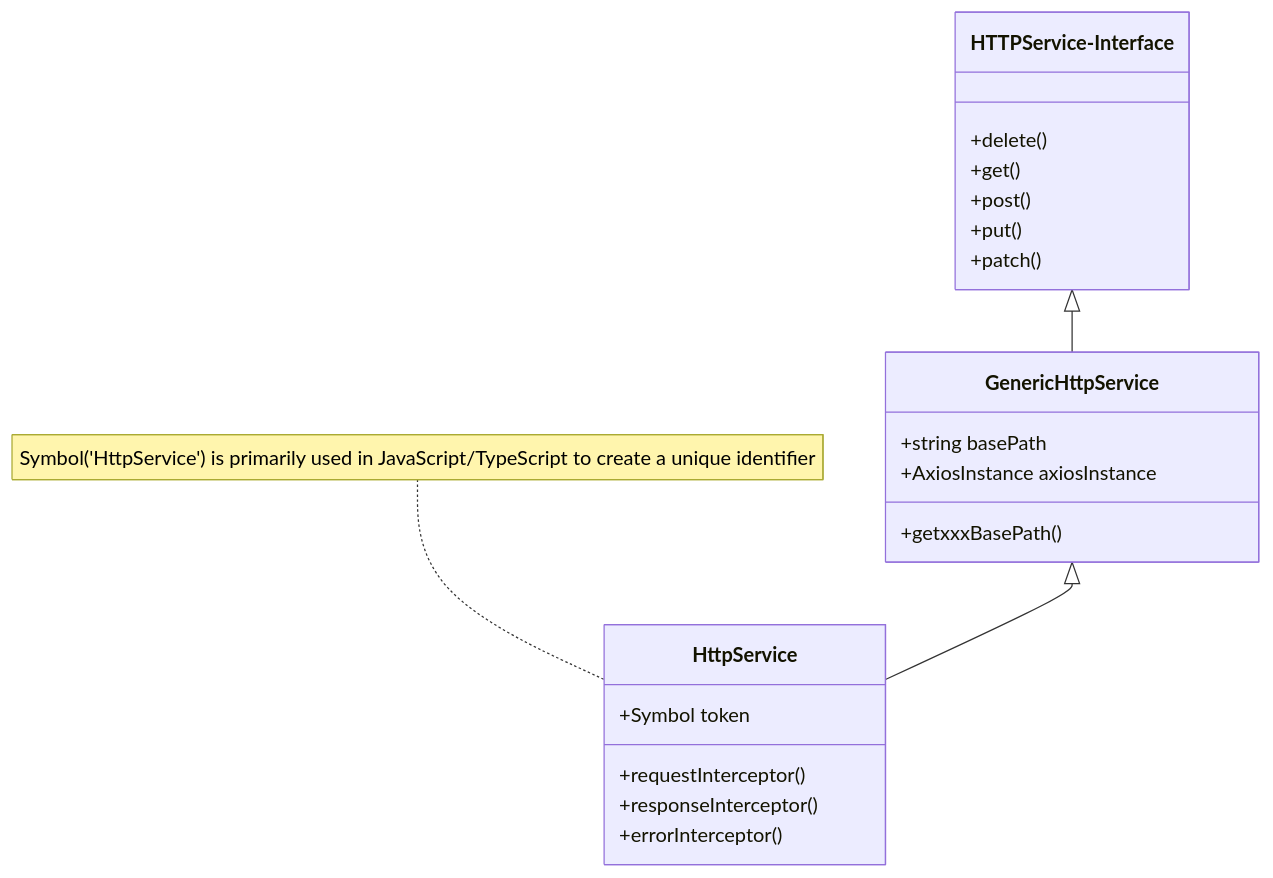
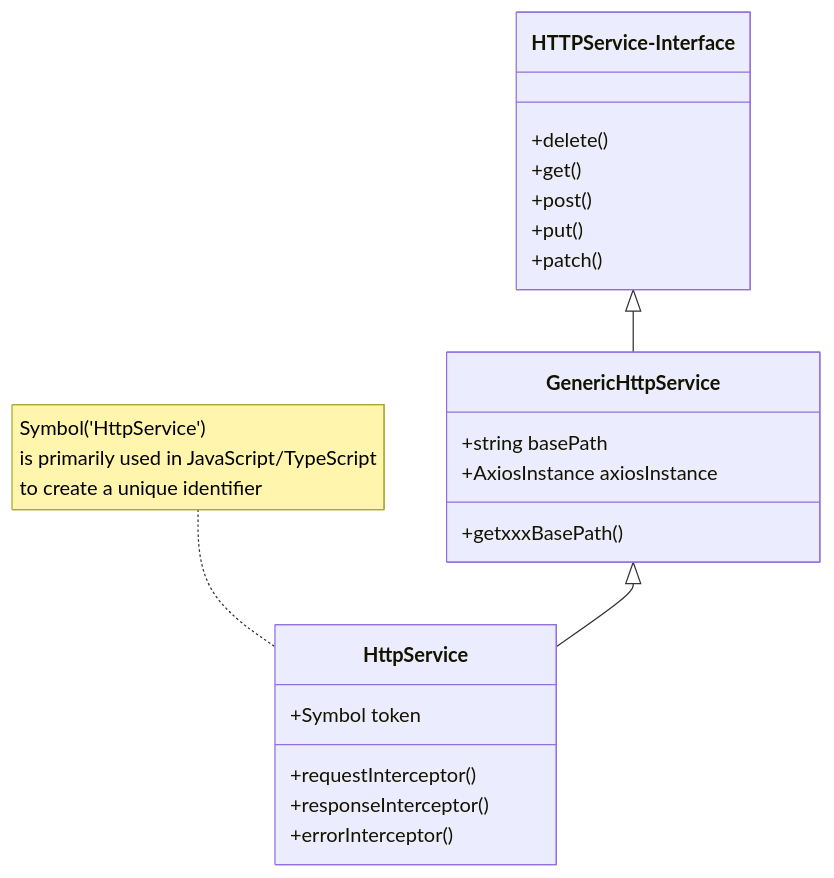
Before and after one commit to honggzb/Study-General: the diagram in React/Third-party-lib/tsyringe+axios/readme.md, drawn with Mermaid. The commit also changed other lines of this file, not shown here.

Commit message:
Clarify service registration and HttpService note
Updated readme to clarify usage of registerService and HttpService note.

````diff
--- a/React/Third-party-lib/tsyringe+axios/readme.md
+++ b/React/Third-party-lib/tsyringe+axios/readme.md
@@ -21,23 +21,23 @@
 ```mermaid
 classDiagram
     HTTPService-Interface: +delete()
     HTTPService-Interface: +get()
     HTTPService-Interface: +post()
     HTTPService-Interface: +put()
     HTTPService-Interface: +patch()
     HTTPService-Interface <|-- GenericHttpService
     GenericHttpService <|--HttpService
     class GenericHttpService{
       +string basePath
       +AxiosInstance axiosInstance
       +getxxxBasePath()
         
     }
-    note for HttpService "Symbol('HttpService') is primarily used in JavaScript/TypeScript to create a unique identifier"
+    note for HttpService "Symbol('HttpService') <br>is primarily used in JavaScript/TypeScript <br>to create a unique identifier"
     class HttpService{
         +Symbol token
         +requestInterceptor()
         +responseInterceptor()
         +errorInterceptor()
     }
 ```
````
